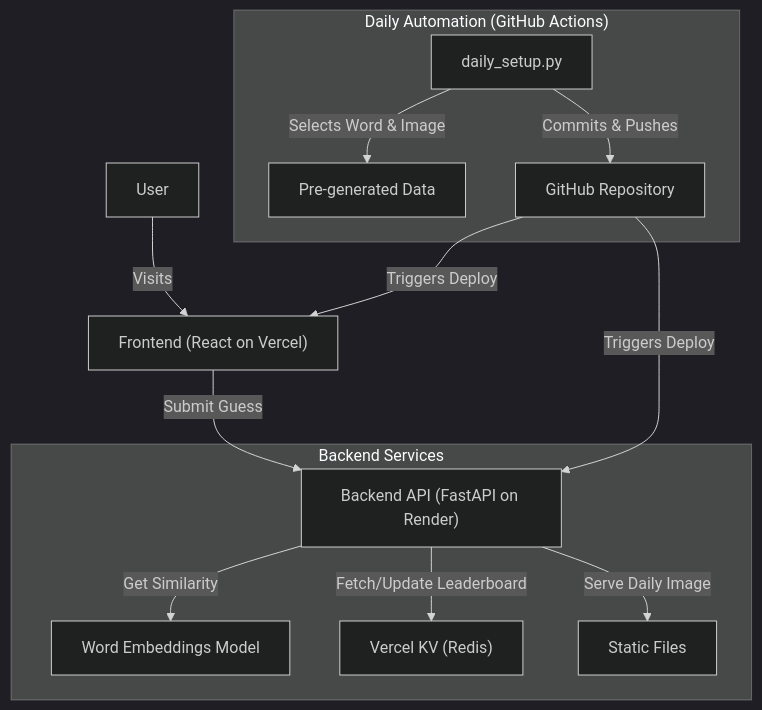
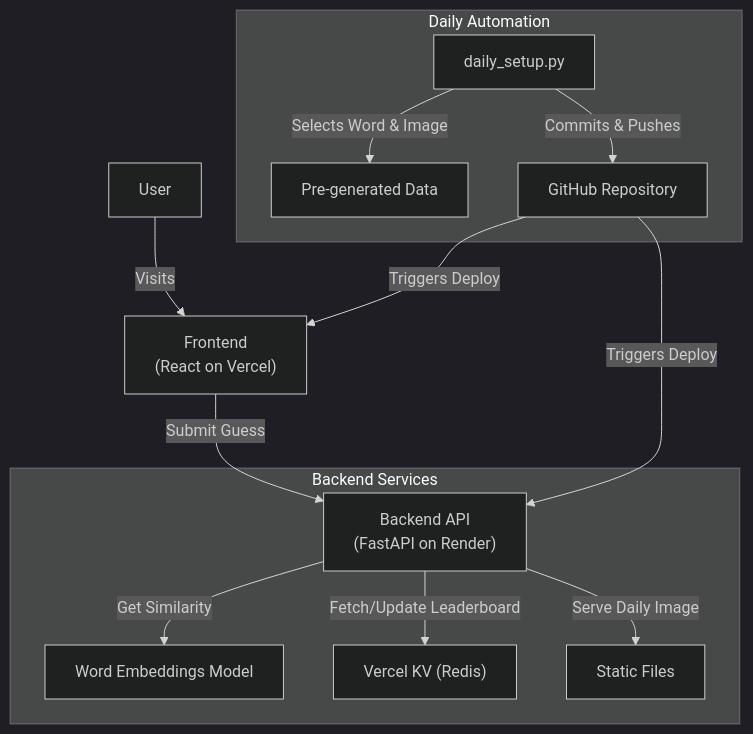
One commit to PranjalMinocha/pixelo changed the diagram in README.md. Above: the diagram before and after it, drawn with Mermaid (dark theme).

Commit message:
Fix Mermaid diagram layout: Add line breaks and shorten titles

````diff
--- a/README.md
+++ b/README.md
@@ -28,19 +28,19 @@
 ```mermaid
 graph TD
-    User[User] -->|Visits| Frontend["Frontend (React on Vercel)"]
-    Frontend -->|Submit Guess| Backend["Backend API (FastAPI on Render)"]
+    User[User] -->|Visits| Frontend["Frontend<br>(React on Vercel)"]
+    Frontend -->|Submit Guess| Backend["Backend API<br>(FastAPI on Render)"]
     
     subgraph "Backend Services"
         Backend -->|Get Similarity| Embeddings["Word Embeddings Model"]
         Backend -->|Fetch/Update Leaderboard| KV["Vercel KV (Redis)"]
         Backend -->|Serve Daily Image| Static["Static Files"]
     end
     
-    subgraph "Daily Automation (GitHub Actions)"
+    subgraph "Daily Automation"
         DailyScript["daily_setup.py"] -->|Selects Word & Image| PregenData["Pre-generated Data"]
         DailyScript -->|Commits & Pushes| Repo["GitHub Repository"]
     end
     
     Repo -->|Triggers Deploy| Frontend
     Repo -->|Triggers Deploy| Backend
 ```
````
